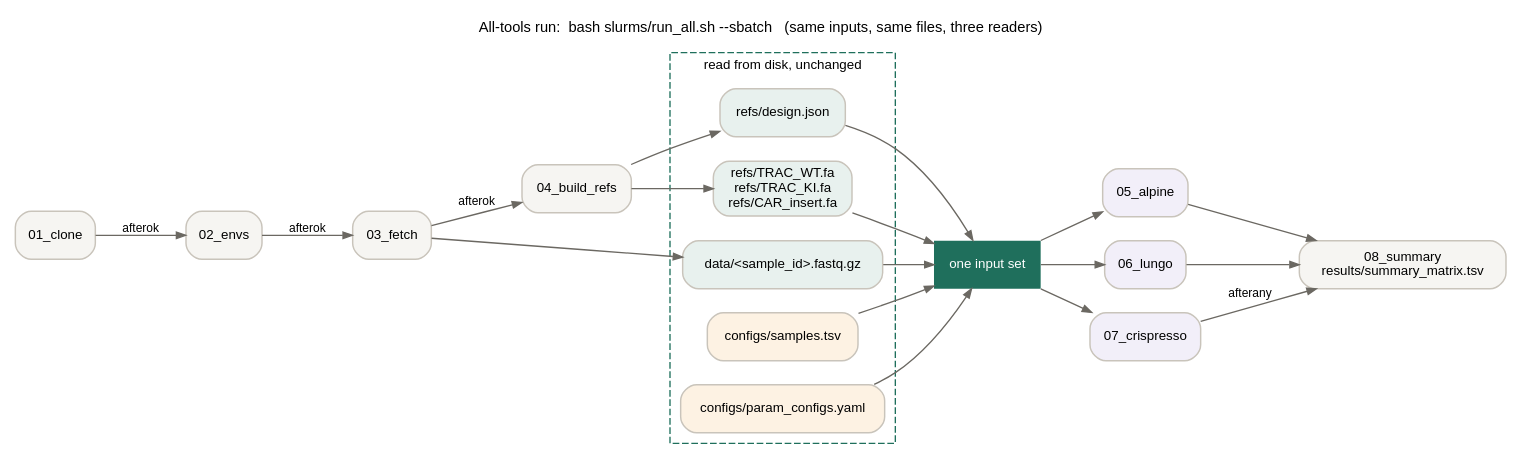
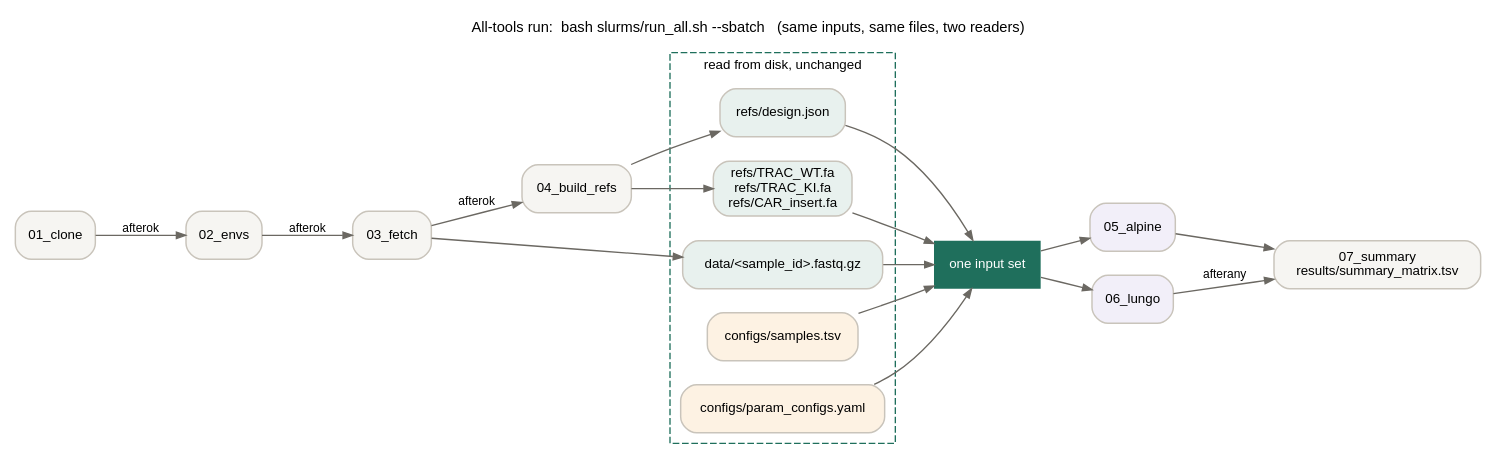
One commit to ssenci97/ONT-CRISPR-knock-in changed the diagram in docs/diagrams/03_all_tools.dot. Above: the diagram before and after it, drawn with Graphviz. The commit also changed 31 other files, not shown here.

```diff
--- a/docs/diagrams/03_all_tools.dot
+++ b/docs/diagrams/03_all_tools.dot
@@ -1,33 +1,32 @@
 digraph all_tools {
   graph [rankdir=LR, bgcolor="white", fontname="Helvetica", fontsize=11, labelloc=t,
-         label="All-tools run:  bash slurms/run_all.sh --sbatch   (same inputs, same files, three readers)"];
+         label="All-tools run:  bash slurms/run_all.sh --sbatch   (same inputs, same files, two readers)"];
   node [fontname="Helvetica", fontsize=10, shape=box, style="rounded,filled", color="#c9c4bb", penwidth=1.1];
   edge [color="#6b6862", arrowsize=0.7];
 
   c1 [label="01_clone", fillcolor="#f6f5f2"];
   c2 [label="02_envs", fillcolor="#f6f5f2"];
   c3 [label="03_fetch", fillcolor="#f6f5f2"];
   c4 [label="04_build_refs", fillcolor="#f6f5f2"];
   c1 -> c2 -> c3 -> c4 [label="afterok", fontsize=9, fontname="Helvetica"];
 
   subgraph cluster_in {
     label="read from disk, unchanged"; fontname="Helvetica"; fontsize=10; color="#1f6f5c"; style=dashed;
     fastq  [label="data/<sample_id>.fastq.gz", fillcolor="#e8f1ee"];
     refs   [label="refs/TRAC_WT.fa\nrefs/TRAC_KI.fa\nrefs/CAR_insert.fa", fillcolor="#e8f1ee"];
     design [label="refs/design.json", fillcolor="#e8f1ee"];
     sheet  [label="configs/samples.tsv", fillcolor="#fdf2e3"];
     yaml   [label="configs/param_configs.yaml", fillcolor="#fdf2e3"];
   }
   c3 -> fastq; c4 -> refs; c4 -> design;
 
   contract [label="one input set", shape=box, style=filled, fillcolor="#1f6f5c", fontcolor="white", penwidth=0];
   fastq -> contract; refs -> contract; design -> contract; sheet -> contract; yaml -> contract;
 
   a [label="05_alpine", fillcolor="#f2eff9"];
   l [label="06_lungo", fillcolor="#f2eff9"];
-  cr [label="07_crispresso", fillcolor="#f2eff9"];
-  contract -> a; contract -> l; contract -> cr;
+  contract -> a; contract -> l;
 
-  s [label="08_summary\nresults/summary_matrix.tsv", fillcolor="#f6f5f2"];
-  a -> s; l -> s; cr -> s [label="afterany", fontsize=9, fontname="Helvetica"];
+  s [label="07_summary\nresults/summary_matrix.tsv", fillcolor="#f6f5f2"];
+  a -> s; l -> s [label="afterany", fontsize=9, fontname="Helvetica"];
 }
```
